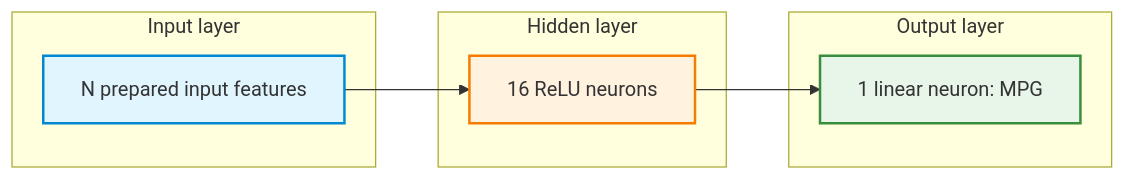
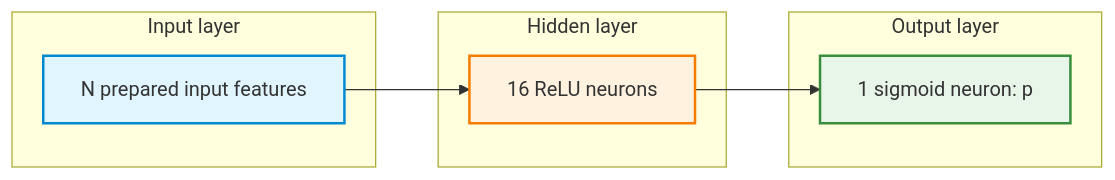
One commit to AI-Learning-Repo/Neural-Networks changed the second of 2 diagrams in material/pair-prog.md. Above: the diagram before and after it, drawn with Mermaid. The commit also changed other lines of this file, not shown here.

````diff
--- a/material/pair-prog.md
+++ b/material/pair-prog.md
@@ -322,21 +399,21 @@
 ```mermaid
 graph LR
     classDef input fill:#e1f5fe,stroke:#0288d1,stroke-width:2px;
     classDef hidden fill:#fff3e0,stroke:#f57c00,stroke-width:2px;
     classDef output fill:#e8f5e9,stroke:#388e3c,stroke-width:2px;
 
     subgraph Input_Layer ["Input layer"]
         x["N prepared input features"]:::input
     end
 
     subgraph Hidden_Layer ["Hidden layer"]
         h["16 ReLU neurons"]:::hidden
     end
 
     subgraph Output_Layer ["Output layer"]
-        out["1 linear neuron: MPG"]:::output
+        p["1 sigmoid neuron: p"]:::output
     end
 
     x --> h
-    h --> out
+    h --> p
 ```
````
